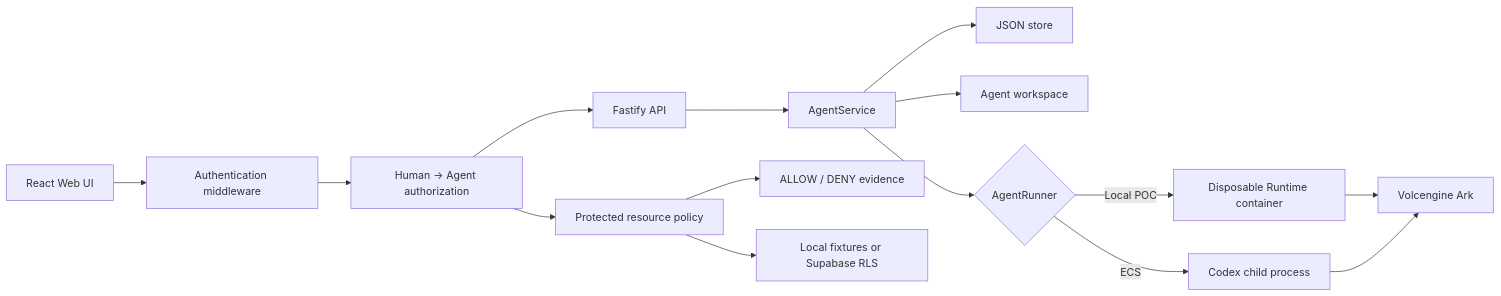
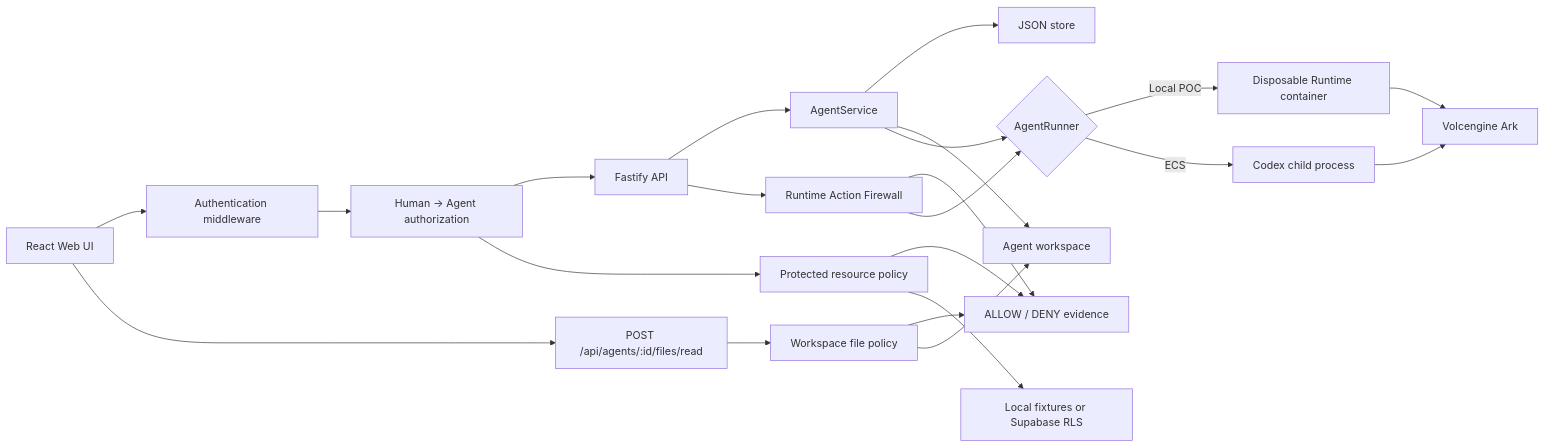
Before and after one commit to alsonsim/Agent_Trust_Gateway: the diagram in docs/ARCHITECTURE.md, drawn with Mermaid. The commit also changed other lines of this file and 19 other files, not shown here.

````diff
--- a/docs/ARCHITECTURE.md
+++ b/docs/ARCHITECTURE.md
@@ -6,17 +6,24 @@
 ```mermaid
 flowchart LR
     UI["React Web UI"] --> AuthN["Authentication middleware"]
     AuthN --> AuthZ["Human → Agent authorization"]
     AuthZ --> API["Fastify API"]
     API --> Service["AgentService"]
     Service --> Store["JSON store"]
     Service --> Workspace["Agent workspace"]
     AuthZ --> Resource["Protected resource policy"]
     Resource --> Evidence["ALLOW / DENY evidence"]
     Resource --> Supabase["Local fixtures or Supabase RLS"]
+    UI --> FileRead["POST /api/agents/:id/files/read"]
+    FileRead --> FilePolicy["Workspace file policy"]
+    FilePolicy --> Evidence
+    FilePolicy --> Workspace
+    API --> Firewall["Runtime Action Firewall"]
+    Firewall --> Evidence
+    Firewall --> Runner
     Service --> Runner{"AgentRunner"}
     Runner -->|Local POC| Container["Disposable Runtime container"]
     Runner -->|ECS| Process["Codex child process"]
     Container --> Ark["Volcengine Ark"]
     Process --> Ark
 ```
````
